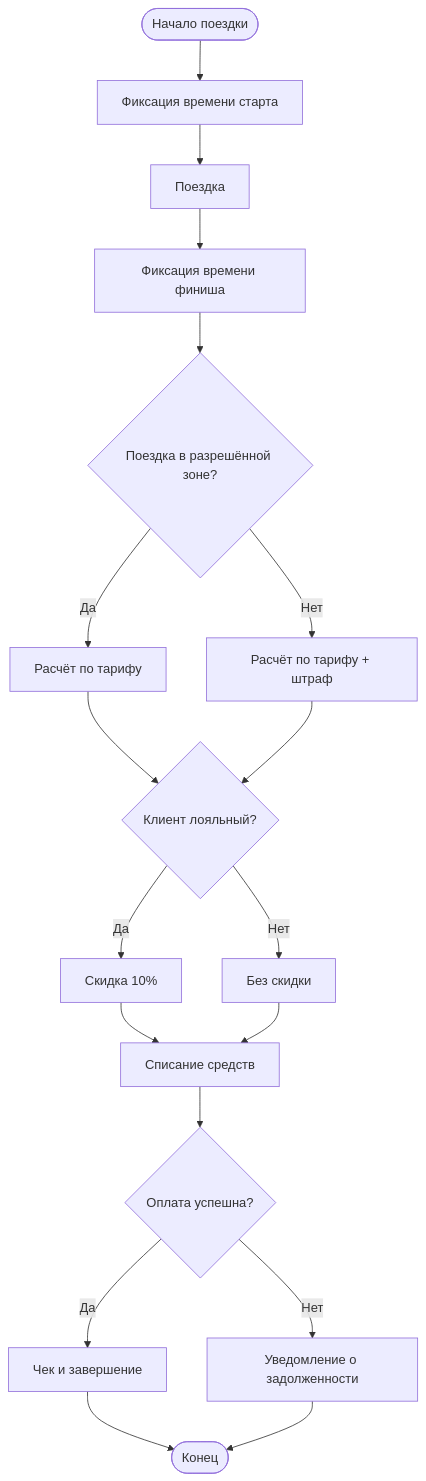
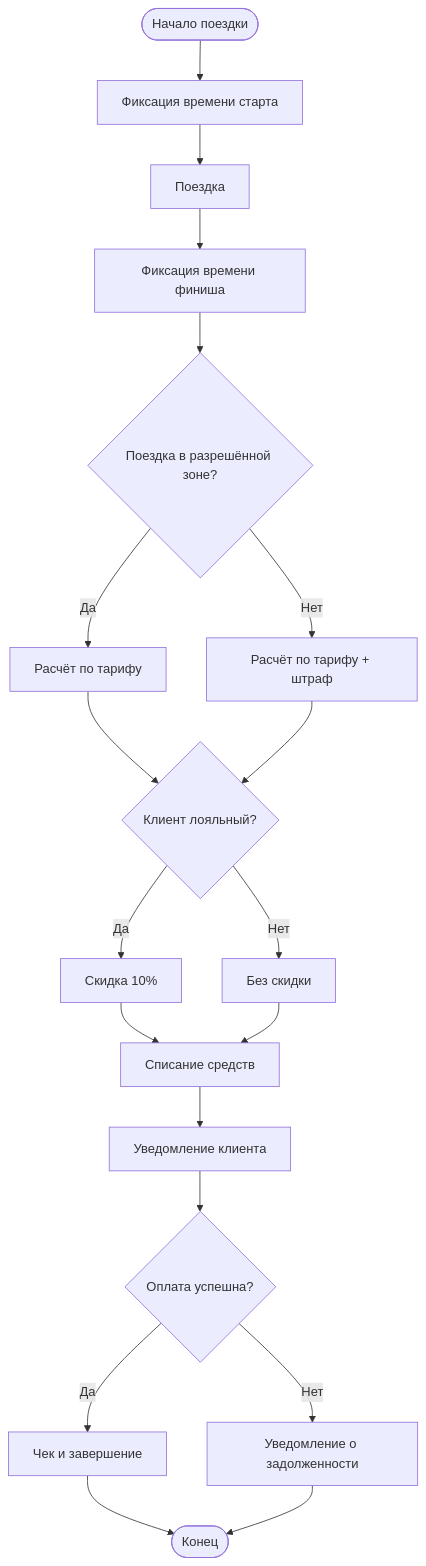
One commit to michaellix/visual-programming-labs-Safonchik changed the diagram in lab1/docs/flowchart.md. Above: the diagram before and after it, drawn with Mermaid.

Commit message:
Update Flowchart: add notification node

````diff
--- a/lab1/docs/flowchart.md
+++ b/lab1/docs/flowchart.md
@@ -3,20 +3,21 @@
 ```mermaid
 flowchart TD
     A([Начало поездки]) --> B[Фиксация времени старта]
     B --> C[Поездка]
     C --> D[Фиксация времени финиша]
     D --> E{Поездка в разрешённой зоне?}
     E -->|Да| F[Расчёт по тарифу]
     E -->|Нет| G[Расчёт по тарифу + штраф]
     F --> H{Клиент лояльный?}
     G --> H
     H -->|Да| I[Скидка 10%]
     H -->|Нет| J[Без скидки]
     I --> K[Списание средств]
     J --> K
-    K --> L{Оплата успешна?}
+    K --> K2[Уведомление клиента]
+    K2 --> L{Оплата успешна?}
     L -->|Да| M[Чек и завершение]
     L -->|Нет| N[Уведомление о задолженности]
     M --> O([Конец])
     N --> O
 ```
````
